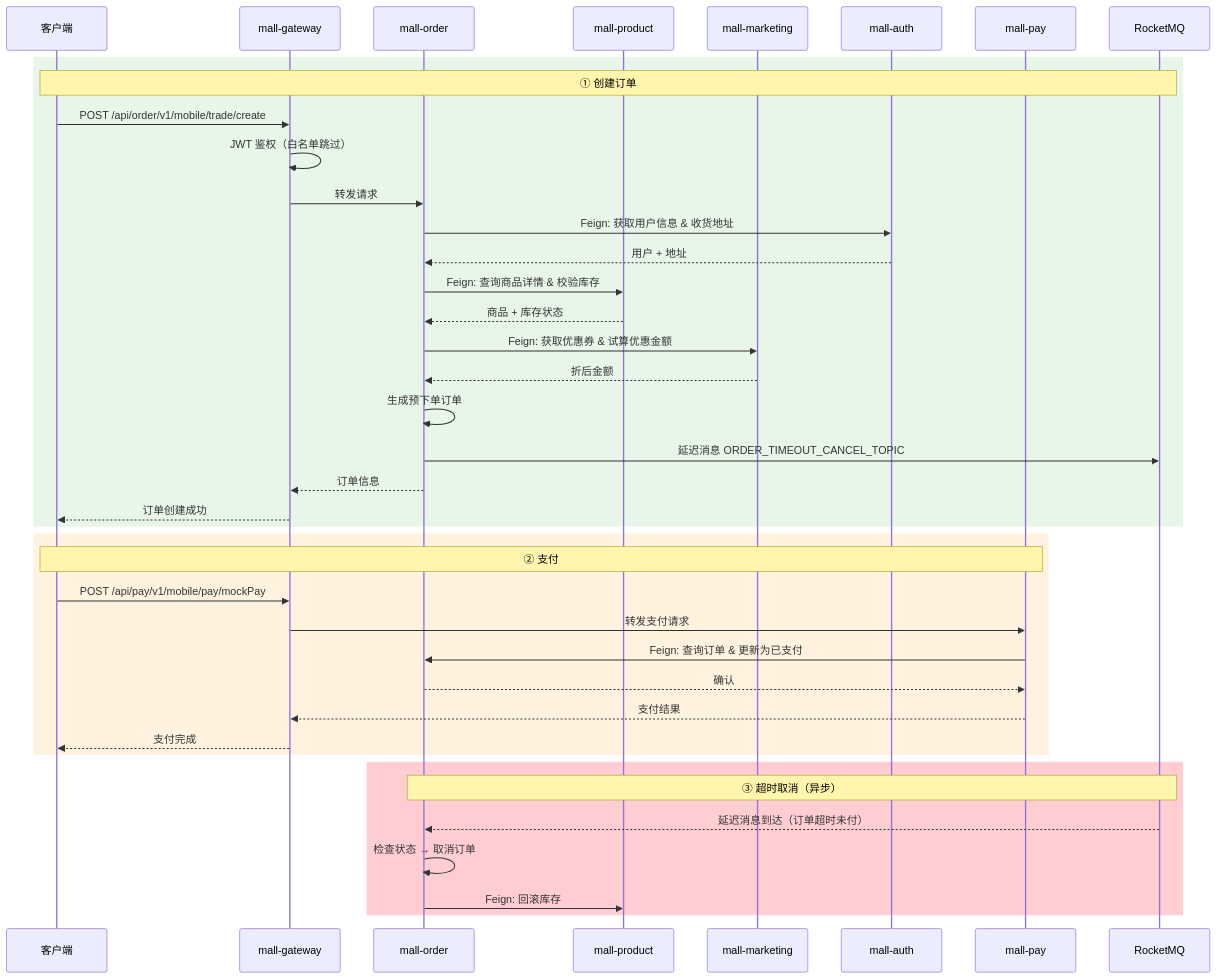
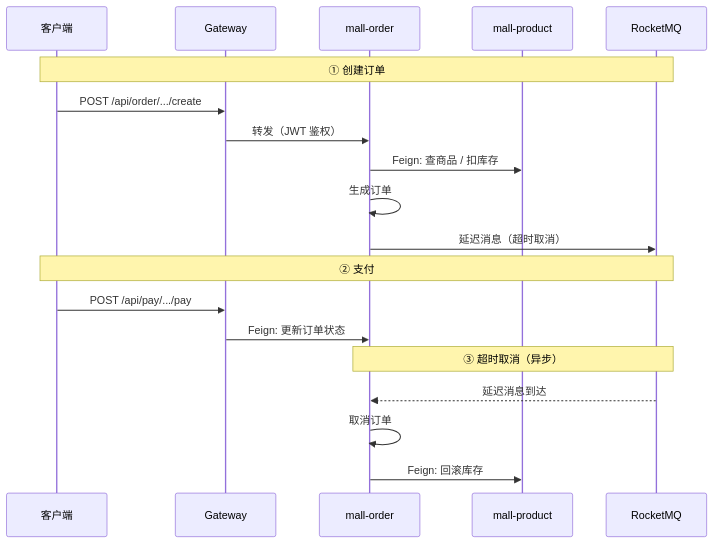
One commit to yaocat55/mall_cloud_server changed the diagram in README.md. Above: the diagram before and after it, drawn with Mermaid. The commit also changed other lines of this file and 33 other files, not shown here.

````diff
--- a/README.md
+++ b/README.md
@@ -266,45 +162,24 @@
 ```mermaid
 sequenceDiagram
     participant C as 客户端
-    participant GW as mall-gateway
+    participant GW as Gateway
     participant O as mall-order
     participant P as mall-product
-    participant M as mall-marketing
-    participant A as mall-auth
-    participant PAY as mall-pay
     participant MQ as RocketMQ
 
-    rect rgb(232, 245, 233)
-        Note over C,MQ: ① 创建订单
-        C->>GW: POST /api/order/v1/mobile/trade/create
-        GW->>GW: JWT 鉴权（白名单跳过）
-        GW->>O: 转发请求
-        O->>A: Feign: 获取用户信息 & 收货地址
-        A-->>O: 用户 + 地址
-        O->>P: Feign: 查询商品详情 & 校验库存
-        P-->>O: 商品 + 库存状态
-        O->>M: Feign: 获取优惠券 & 试算优惠金额
-        M-->>O: 折后金额
-        O->>O: 生成预下单订单
-        O->>MQ: 延迟消息 ORDER_TIMEOUT_CANCEL_TOPIC
-        O-->>GW: 订单信息
-        GW-->>C: 订单创建成功
-    end
+    Note over C,MQ: ① 创建订单
+    C->>GW: POST /api/order/.../create
+    GW->>O: 转发（JWT 鉴权）
+    O->>P: Feign: 查商品 / 扣库存
+    O->>O: 生成订单
+    O->>MQ: 延迟消息（超时取消）
 
-    rect rgb(255, 243, 224)
-        Note over C,PAY: ② 支付
-        C->>GW: POST /api/pay/v1/mobile/pay/mockPay
-        GW->>PAY: 转发支付请求
-        PAY->>O: Feign: 查询订单 & 更新为已支付
-        O-->>PAY: 确认
-        PAY-->>GW: 支付结果
-        GW-->>C: 支付完成
-    end
+    Note over C,MQ: ② 支付
+    C->>GW: POST /api/pay/.../pay
+    GW->>O: Feign: 更新订单状态
 
-    rect rgb(255, 205, 210)
-        Note over MQ,O: ③ 超时取消（异步）
-        MQ-->>O: 延迟消息到达（订单超时未付）
-        O->>O: 检查状态 → 取消订单
-        O->>P: Feign: 回滚库存
-    end
+    Note over MQ,O: ③ 超时取消（异步）
+    MQ-->>O: 延迟消息到达
+    O->>O: 取消订单
+    O->>P: Feign: 回滚库存
 ```
````
